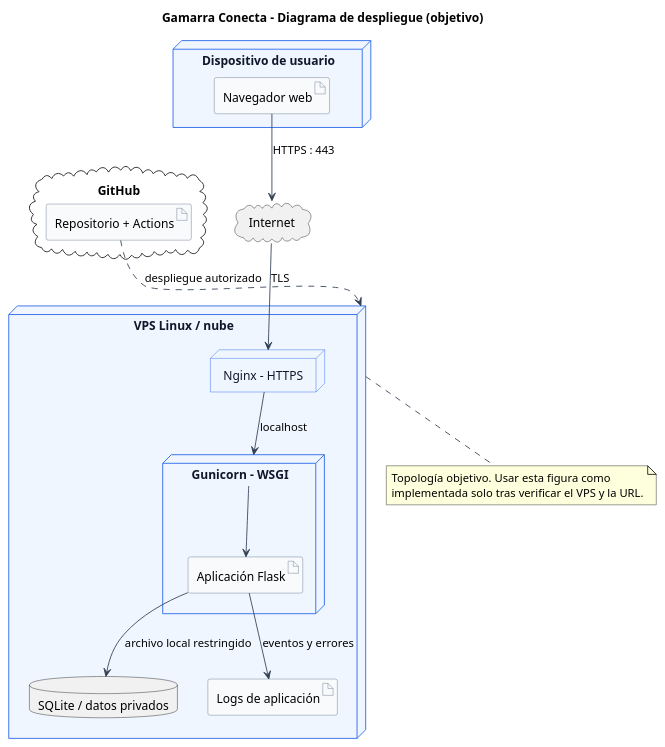
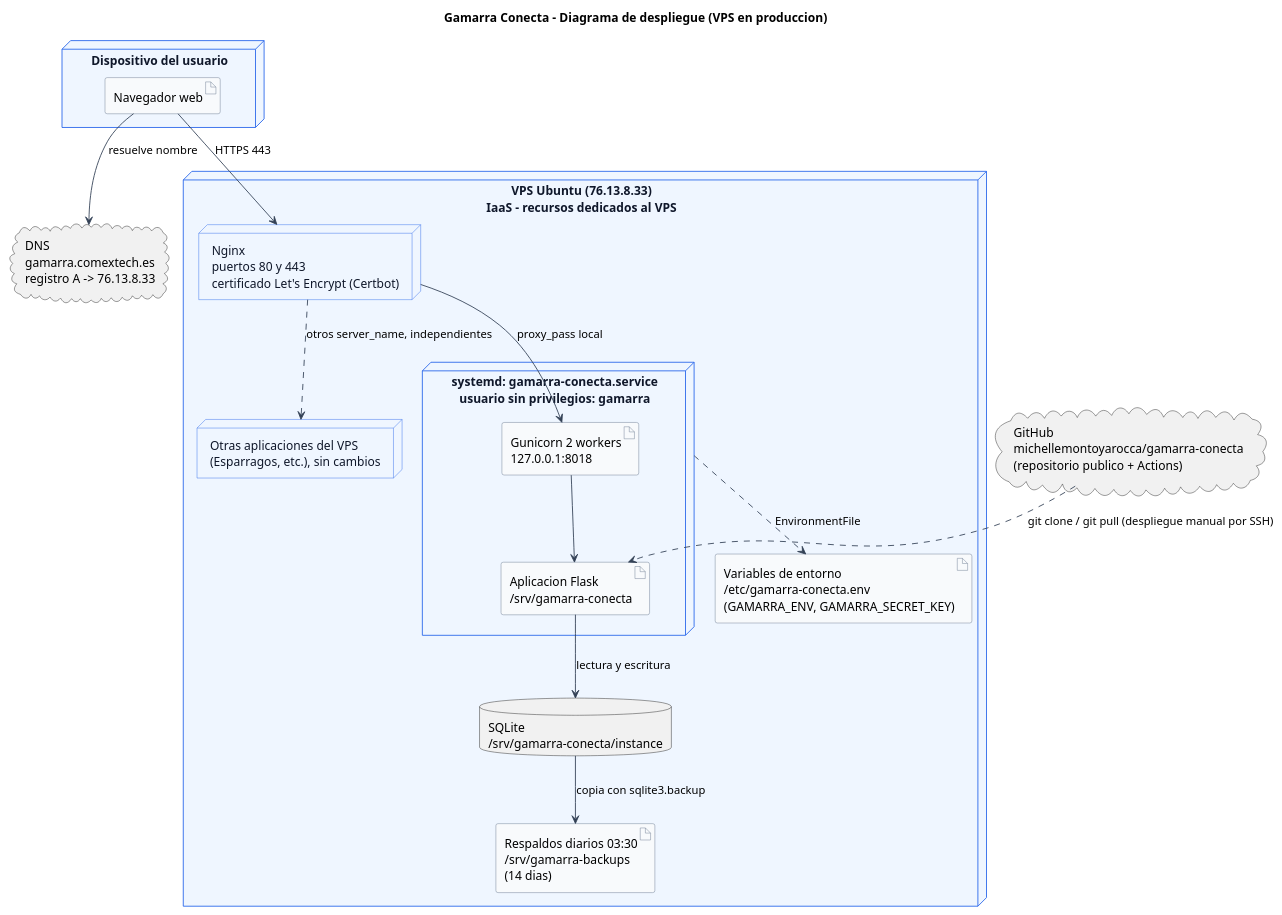
One commit to michellemontoyarocca/gamarra-conecta changed the diagram in docs/diagramas/04_despliegue.puml. Above: the diagram before and after it, drawn with PlantUML. The commit also changed 12 other files, not shown here.

Commit message:
GC-16 HU12 · Como responsable del producto, quiero validar pruebas y seguridad antes de publicar para reducir fallos de entrega.

```diff
--- a/docs/diagramas/04_despliegue.puml
+++ b/docs/diagramas/04_despliegue.puml
@@ -1,42 +1,41 @@
 @startuml
-title Gamarra Conecta - Diagrama de despliegue (objetivo)
+title Gamarra Conecta - Diagrama de despliegue (VPS en produccion)
 skinparam backgroundColor #FFFFFF
 skinparam shadowing false
 skinparam defaultFontName Arial
 skinparam ArrowColor #334155
 skinparam node {
   BackgroundColor #EFF6FF
   BorderColor #2563EB
   FontColor #0F172A
 }
 skinparam artifact {
   BackgroundColor #F8FAFC
   BorderColor #64748B
 }
-node "Dispositivo de usuario" as client {
+node "Dispositivo del usuario" as client {
   artifact "Navegador web" as browser
 }
-cloud "Internet" as internet
-node "VPS Linux / nube" as vps {
-  node "Nginx - HTTPS" as nginx
-  node "Gunicorn - WSGI" as gunicorn {
-    artifact "Aplicación Flask" as flask
+cloud "DNS\ngamarra.comextech.es\nregistro A -> 76.13.8.33" as dns
+node "VPS Ubuntu (76.13.8.33)\nIaaS - recursos dedicados al VPS" as vps {
+  node "Nginx\npuertos 80 y 443\ncertificado Let's Encrypt (Certbot)" as nginx
+  node "systemd: gamarra-conecta.service\nusuario sin privilegios: gamarra" as svc {
+    artifact "Gunicorn 2 workers\n127.0.0.1:8018" as gunicorn
+    artifact "Aplicacion Flask\n/srv/gamarra-conecta" as flask
   }
-  database "SQLite / datos privados" as db
-  artifact "Logs de aplicación" as logs
+  database "SQLite\n/srv/gamarra-conecta/instance" as db
+  artifact "Variables de entorno\n/etc/gamarra-conecta.env\n(GAMARRA_ENV, GAMARRA_SECRET_KEY)" as env
+  artifact "Respaldos diarios 03:30\n/srv/gamarra-backups\n(14 dias)" as bk
+  node "Otras aplicaciones del VPS\n(Esparragos, etc.), sin cambios" as otras
 }
-cloud "GitHub" as github {
-  artifact "Repositorio + Actions" as actions
-}
-browser --> internet : HTTPS : 443
-internet --> nginx : TLS
-nginx --> gunicorn : localhost
+cloud "GitHub\nmichellemontoyarocca/gamarra-conecta\n(repositorio publico + Actions)" as github
+browser --> dns : resuelve nombre
+browser --> nginx : HTTPS 443
+nginx --> gunicorn : proxy_pass local
 gunicorn --> flask
-flask --> db : archivo local restringido
-flask --> logs : eventos y errores
-actions ..> vps : despliegue autorizado
-note bottom of vps
-  Topología objetivo. Usar esta figura como
-  implementada solo tras verificar el VPS y la URL.
-end note
+flask --> db : lectura y escritura
+svc ..> env : EnvironmentFile
+db --> bk : copia con sqlite3.backup
+github ..> flask : git clone / git pull (despliegue manual por SSH)
+nginx ..> otras : otros server_name, independientes
 @enduml
```
